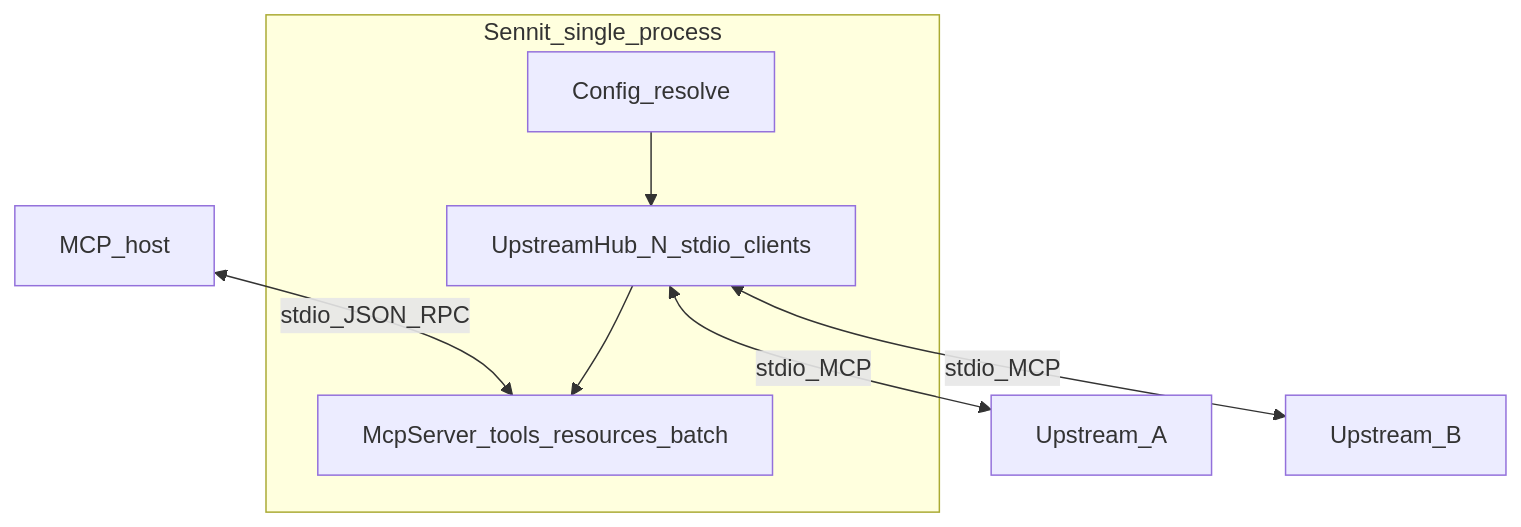
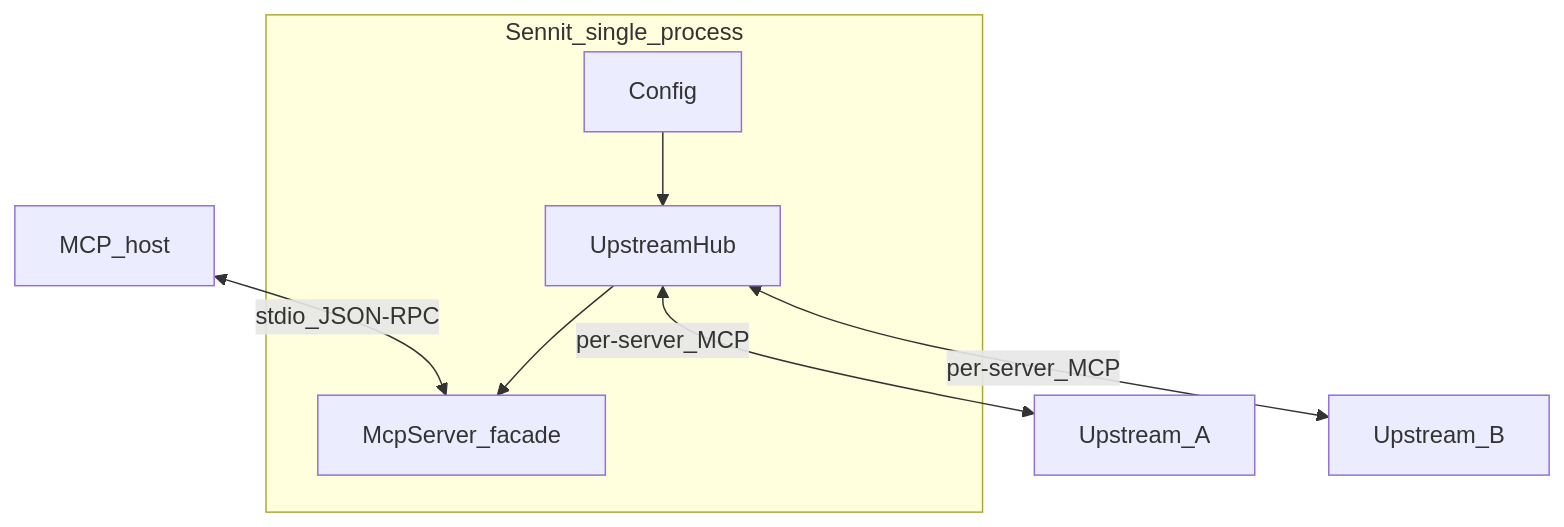
The diagram in README.md (Alphabetsoup16/sennit), drawn with Mermaid before and after one commit. The commit also changed other lines of this file and 2 other files, not shown here.

````diff
--- a/README.md
+++ b/README.md
@@ -9,18 +20,19 @@
 ```mermaid
 flowchart TB
   host[MCP_host]
 
   subgraph sennit [Sennit_single_process]
-    cfg[Config_resolve]
-    hub[UpstreamHub_N_stdio_clients]
-    face[McpServer_tools_resources_batch]
-    cfg --> hub --> face
+    cfg[Config]
+    hub[UpstreamHub]
+    face[McpServer_facade]
+    cfg --> hub
+    hub --> face
   end
 
   u1[Upstream_A]
   u2[Upstream_B]
 
-  host <-->|stdio_JSON_RPC| face
-  hub <-->|stdio_MCP| u1
-  hub <-->|stdio_MCP| u2
+  host <-->|stdio_JSON-RPC| face
+  hub <-->|per-server_MCP| u1
+  hub <-->|per-server_MCP| u2
 ```
````
